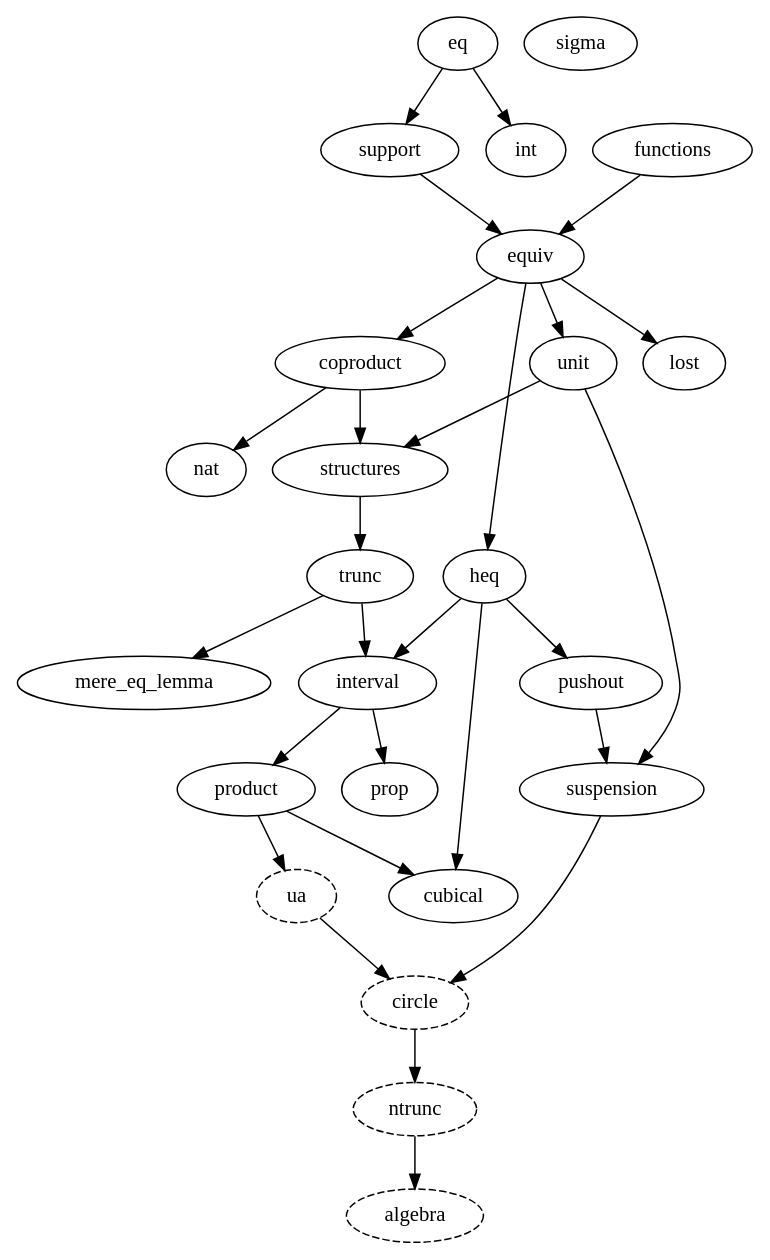
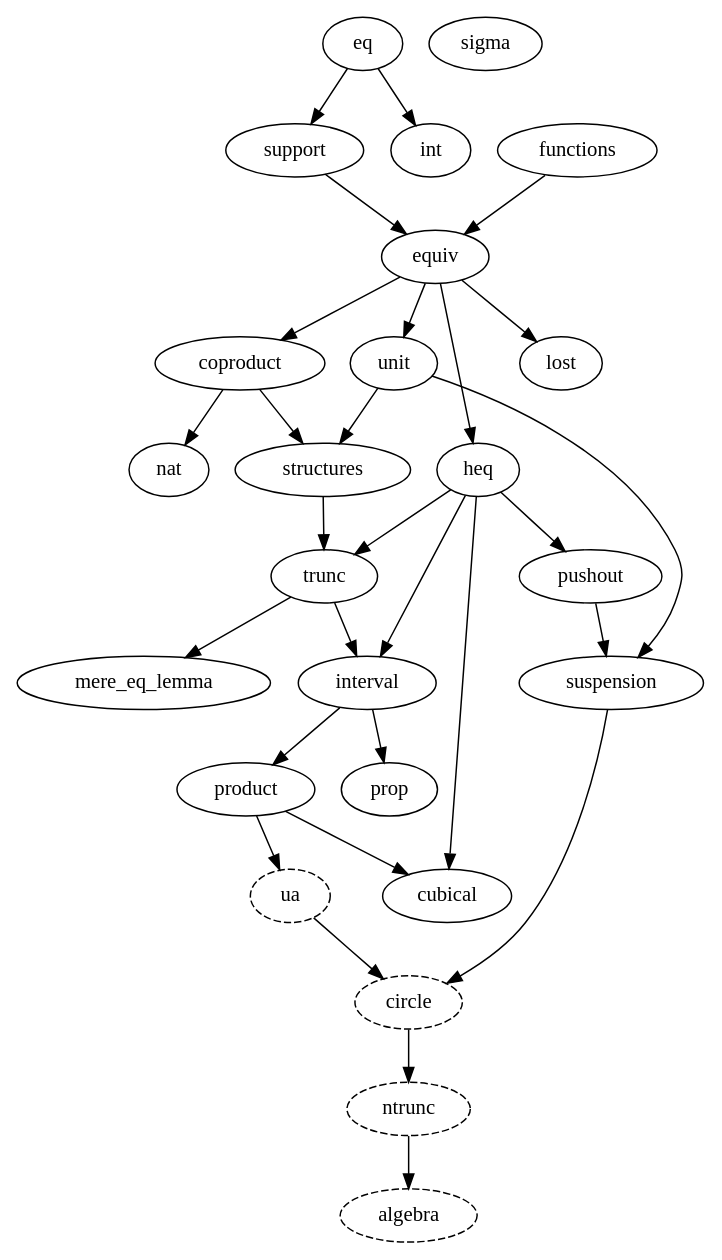
The diagram in dependency_map.gv (forked-from-1kasper/ground_zero), drawn with Graphviz before and after one commit. The commit also changed 5 other files, not shown here.

```diff
--- a/dependency_map.gv
+++ b/dependency_map.gv
@@ -1,55 +1,56 @@
 digraph dependency_map {
   algebra [style=dashed]
   ntrunc -> algebra
 
   circle [style=dashed]
   suspension -> circle
   ua -> circle
 
   equiv -> coproduct
 
   heq -> cubical
   product -> cubical
 
   equiv -> heq
 
   support -> equiv
   functions -> equiv
 
   eq -> int
 
   trunc -> interval
   heq -> interval
 
   trunc -> mere_eq_lemma
 
   ntrunc [style=dashed]
   circle -> ntrunc
 
   interval -> product
 
   interval -> prop
 
   heq -> pushout
 
   unit -> structures
   coproduct -> structures
 
   eq -> support
 
   pushout -> suspension
   unit -> suspension
 
   structures -> trunc
+  heq -> trunc
 
   ua [style=dashed]
   product -> ua
 
   equiv -> unit
 
   coproduct -> nat
 
   equiv -> lost
 
   sigma
 }
```
